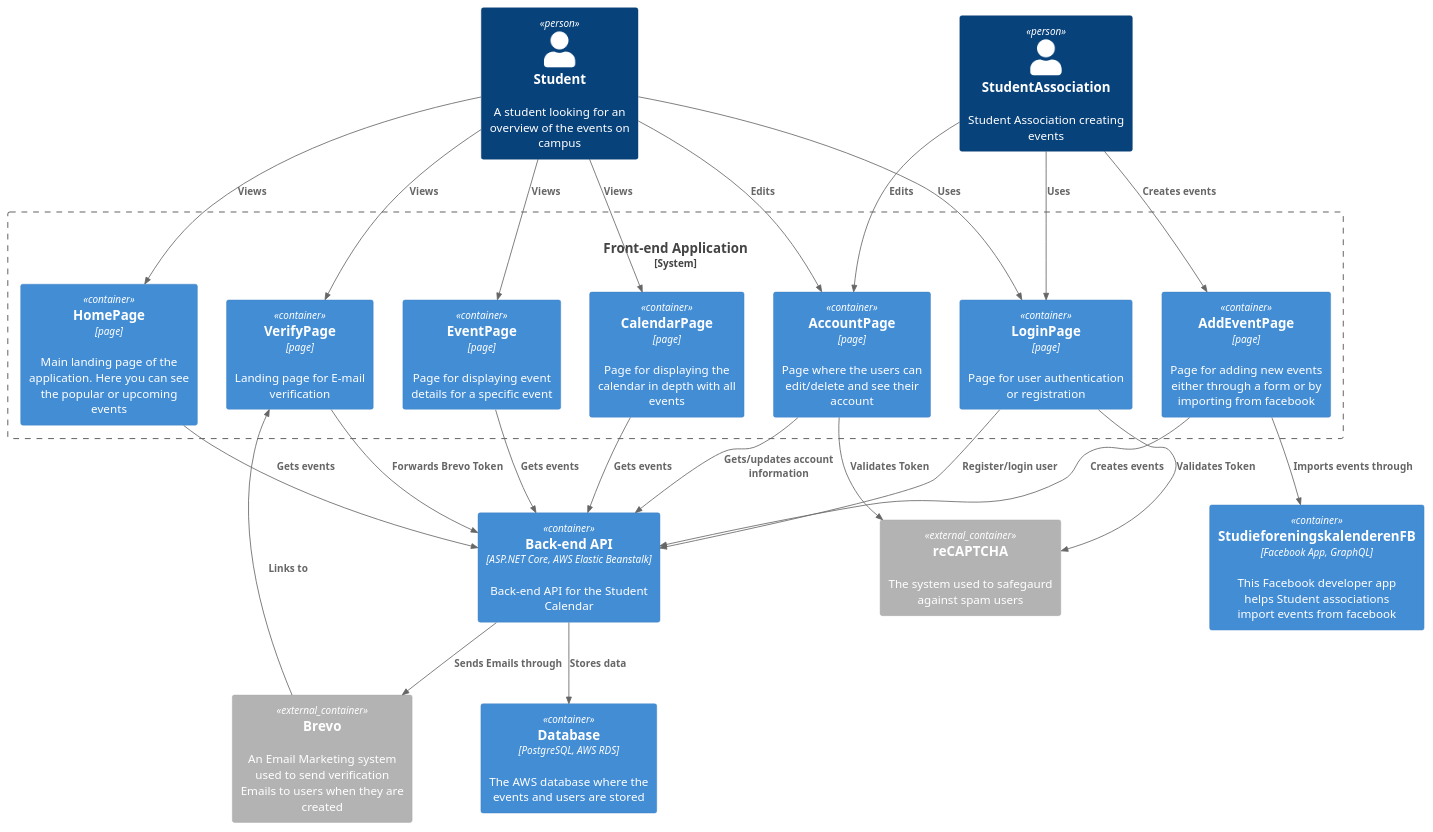
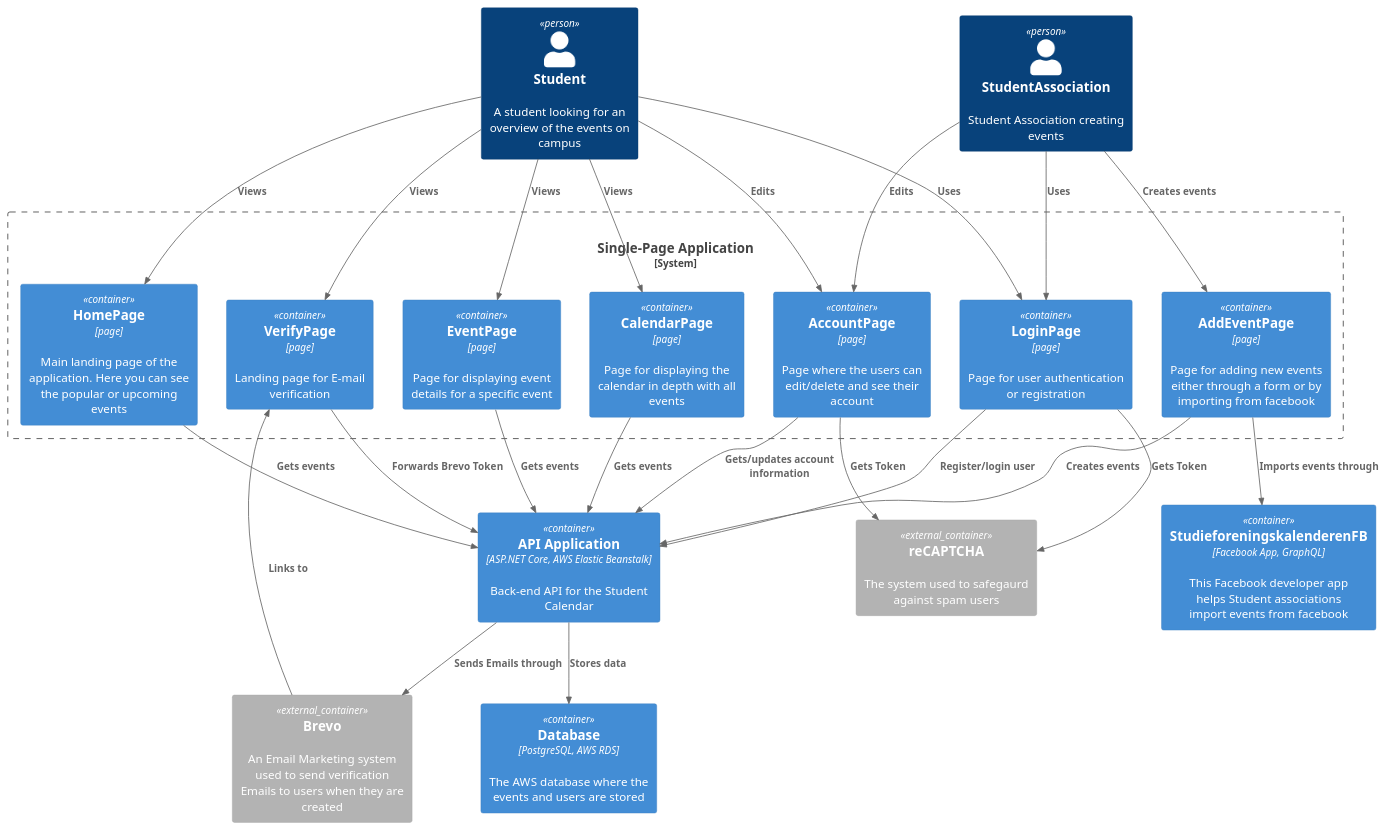
The diagram in C4/C4_C3_FE.puml (oscarboe/Studieforeningskalender_Front_end), drawn with PlantUML before and after one commit. The commit also changed 70 other files, not shown here.

```diff
--- a/C4/C4_C3_FE.puml
+++ b/C4/C4_C3_FE.puml
@@ -1,48 +1,48 @@
 @startuml C4_Elements
 !include https://raw.githubusercontent.com/plantuml-stdlib/C4-PlantUML/master/C4_Container.puml
 
 Person(stud, "Student", "A student looking for an overview of the events on campus")
 Person(asso, "StudentAssociation", "Student Association creating events")
 
-System_Boundary(frontend, "Front-end Application", "React, AWS Amplify", "Front-end application for the Student Calendar") {
+System_Boundary(frontend, "Single-Page Application", "React, AWS Amplify", "Frontend application for the Student Calendar") {
     Container(AccountPage, "AccountPage", "page","Page where the users can edit/delete and see their account")
     Container(AddEventPage, "AddEventPage", "page","Page for adding new events either through a form or by importing from facebook")
     Container(CalendarPage, "CalendarPage", "page","Page for displaying the calendar in depth with all events")
     Container(EventPage, "EventPage", "page","Page for displaying event details for a specific event")
     Container(HomePage, "HomePage", "page","Main landing page of the application. Here you can see the popular or upcoming events")
     Container(LoginPage, "LoginPage", "page","Page for user authentication or registration")
     Container(VerifyPage, "VerifyPage", "page","Landing page for E-mail verification")
 }
 
-Container(be, "Back-end API", "ASP.NET Core, AWS Elastic Beanstalk", "Back-end API for the Student Calendar")
+Container(be, "API Application", "ASP.NET Core, AWS Elastic Beanstalk", "Back-end API for the Student Calendar")
 Container(db, "Database", "PostgreSQL, AWS RDS", "The AWS database where the events and users are stored")
 Container(facebook, "StudieforeningskalenderenFB", "Facebook App, GraphQL", "This Facebook developer app helps Student associations import events from facebook")
 Container_Ext(brevo, "Brevo", "", "An Email Marketing system used to send verification Emails to users when they are created")
 Container_Ext(recap, "reCAPTCHA", "", "The system used to safegaurd against spam users")
 
 Rel(stud, HomePage, "Views")
 Rel(stud, CalendarPage, "Views")
 Rel(stud, EventPage, "Views")
 Rel(stud, VerifyPage, "Views")
 Rel(stud, AccountPage, "Edits")
 Rel(stud, LoginPage, "Uses")
 Rel(asso, LoginPage, "Uses")
 Rel(asso, AddEventPage, "Creates events")
 Rel(asso, AccountPage, "Edits")
 
 
 Rel(be, db, "Stores data")
 Rel(VerifyPage, be, "Forwards Brevo Token")
 
 Rel(AccountPage, be, "Gets/updates account information")
 Rel(LoginPage, be, "Register/login user")
 Rel(AddEventPage, be, "Creates events")
 Rel(CalendarPage, be, "Gets events")
 Rel(EventPage, be, "Gets events")
 Rel(HomePage, be, "Gets events")
-Rel(LoginPage,recap,"Validates Token")
-Rel(AccountPage,recap,"Validates Token")
+Rel(LoginPage,recap,"Gets Token")
+Rel(AccountPage,recap,"Gets Token")
 Rel(be,brevo,"Sends Emails through")
 Rel(brevo,VerifyPage,"Links to")
 Rel(AddEventPage,facebook,"Imports events through")
 @enduml
```
